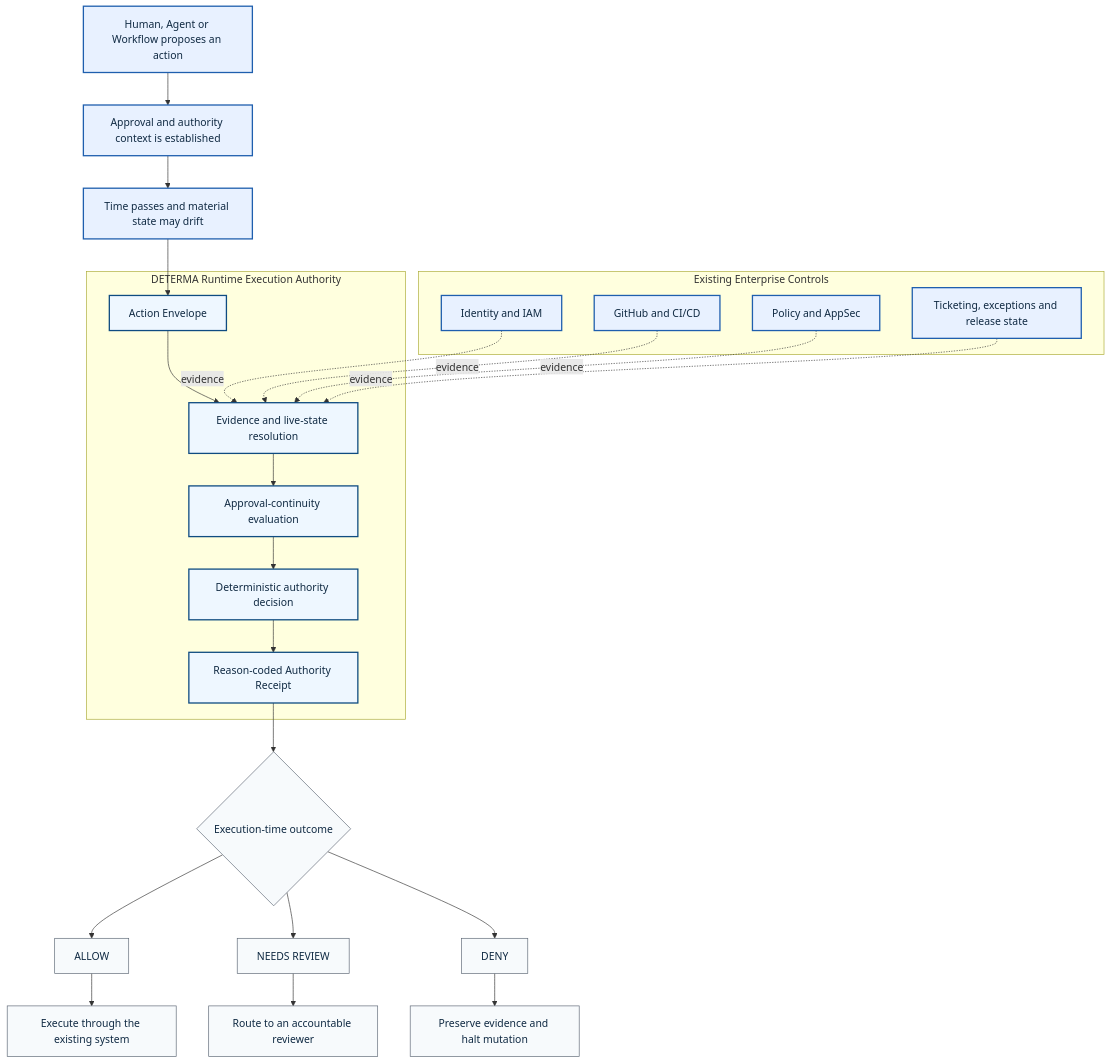
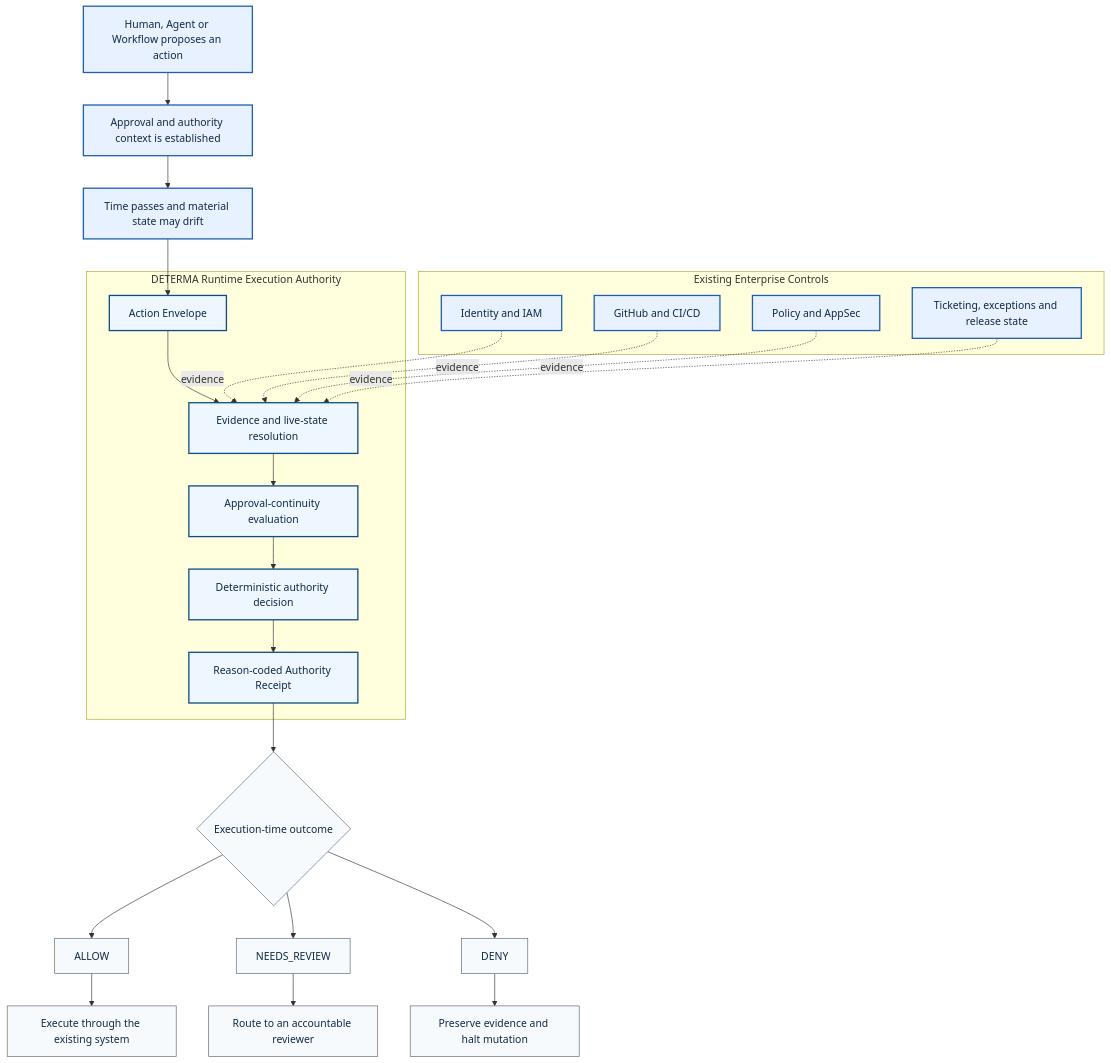
Before and after one commit to DETERMAai/DETERMA-runtime-authority-public: the diagram in README.md, drawn with Mermaid.

Commit message:
docs: use exact NEEDS_REVIEW token in diagram

````diff
--- a/README.md
+++ b/README.md
@@ -30,47 +30,47 @@
 ```mermaid
 flowchart TB
     A[Human, Agent or Workflow proposes an action]
     B[Approval and authority context is established]
     C[Time passes and material state may drift]
 
     subgraph E[Existing Enterprise Controls]
       E1[Identity and IAM]
       E2[GitHub and CI/CD]
       E3[Policy and AppSec]
       E4[Ticketing, exceptions and release state]
     end
 
     subgraph D[DETERMA Runtime Execution Authority]
       D1[Action Envelope]
       D2[Evidence and live-state resolution]
       D3[Approval-continuity evaluation]
       D4[Deterministic authority decision]
       D5[Reason-coded Authority Receipt]
       D1 --> D2 --> D3 --> D4 --> D5
     end
 
     F{Execution-time outcome}
     G[ALLOW]
-    H[NEEDS REVIEW]
+    H[NEEDS_REVIEW]
     I[DENY]
     J[Execute through the existing system]
     K[Route to an accountable reviewer]
     L[Preserve evidence and halt mutation]
 
     A --> B --> C --> D1
     E1 -. evidence .-> D2
     E2 -. evidence .-> D2
     E3 -. evidence .-> D2
     E4 -. evidence .-> D2
     D5 --> F
     F --> G --> J
     F --> H --> K
     F --> I --> L
 
     classDef primary fill:#e8f1ff,stroke:#1f5fae,color:#102a43,stroke-width:2px;
     classDef authority fill:#eef7ff,stroke:#0f4c81,color:#102a43,stroke-width:2px;
     classDef outcome fill:#f7fafc,stroke:#5b6573,color:#102a43;
     class A,B,C,E1,E2,E3,E4 primary;
     class D1,D2,D3,D4,D5 authority;
     class F,G,H,I,J,K,L outcome;
 ```
````
